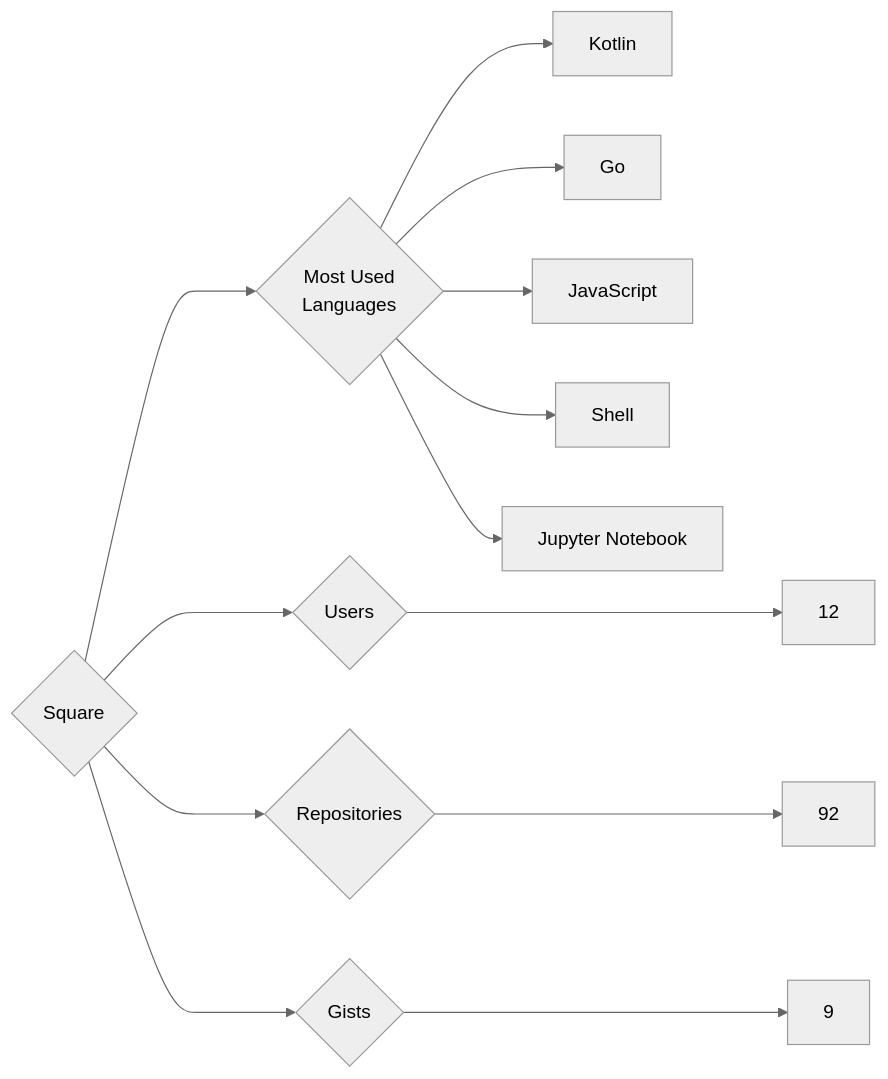
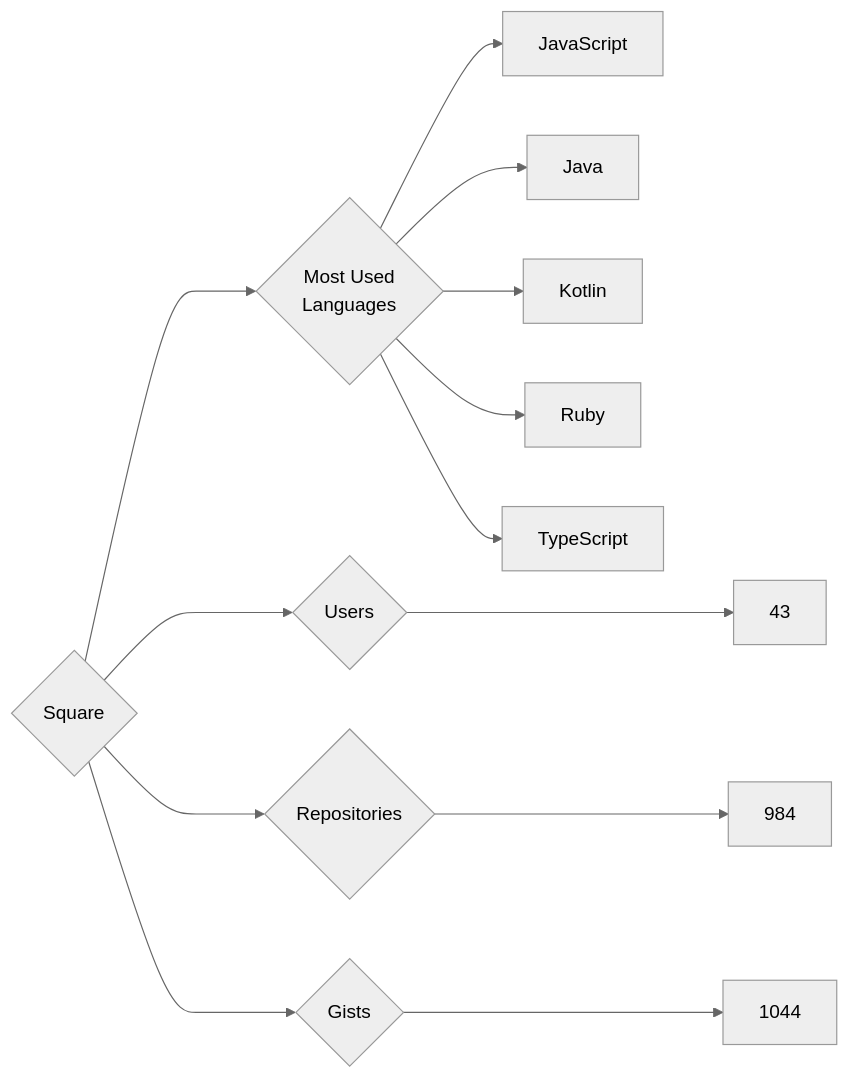
Before and after one commit to trickest/insiders: the diagram in targets/Square/README.md, drawn with Mermaid (neutral theme). The commit also changed 871 other files, not shown here.

````diff
--- a/targets/Square/README.md
+++ b/targets/Square/README.md
@@ -3,13 +3,13 @@
 ```mermaid
 graph LR
 COMPANY_NAME{Square}
-COMPANY_NAME ---> U{Users} ---> UN[12]
-COMPANY_NAME ---> R{Repositories} ---> RN[92]
-COMPANY_NAME ---> G{Gists} ---> GN[9]
+COMPANY_NAME ---> U{Users} ---> UN[43]
+COMPANY_NAME ---> R{Repositories} ---> RN[984]
+COMPANY_NAME ---> G{Gists} ---> GN[1044]
 COMPANY_NAME ---> ML{Most Used<br>Languages}
+ML --> JavaScript[JavaScript]
+ML --> Java[Java]
 ML --> Kotlin[Kotlin]
-ML --> Go[Go]
-ML --> JavaScript[JavaScript]
-ML --> Shell[Shell]
-ML --> Jupyter_Notebook[Jupyter Notebook]
+ML --> Ruby[Ruby]
+ML --> TypeScript[TypeScript]
 ```
````
